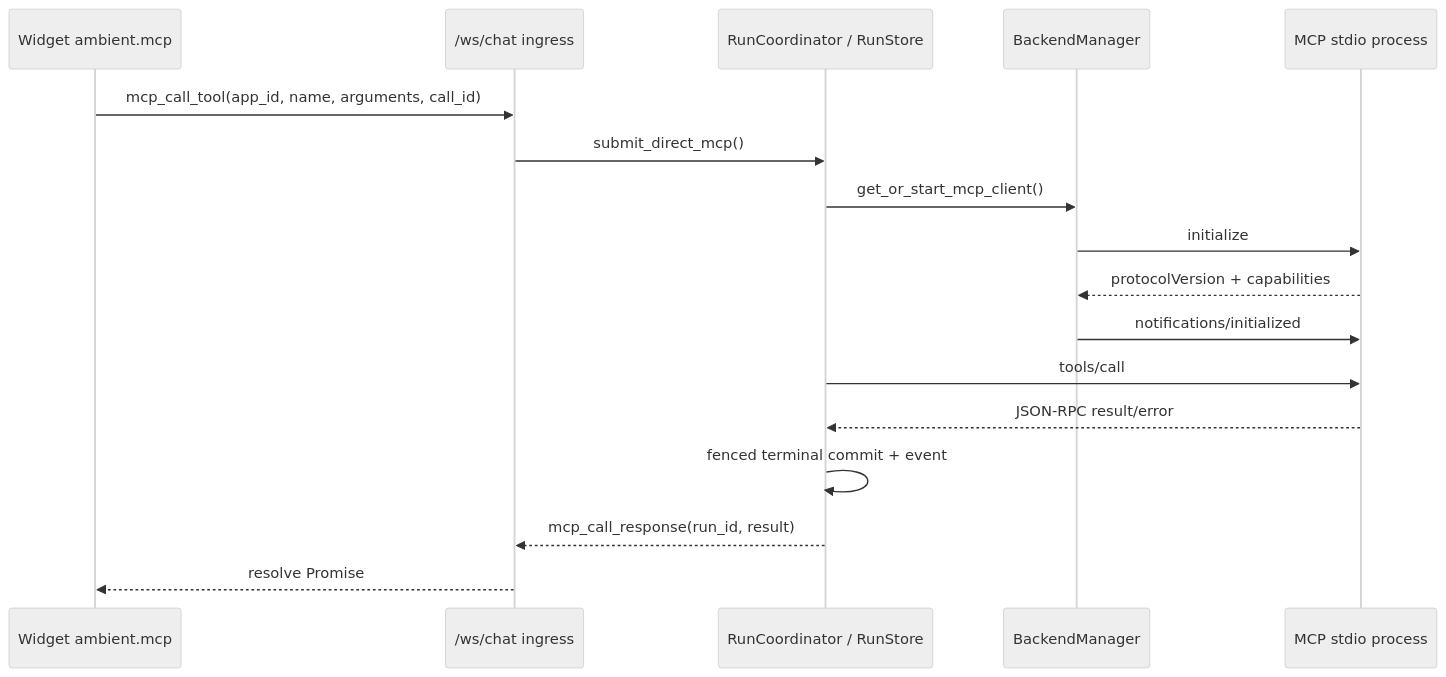
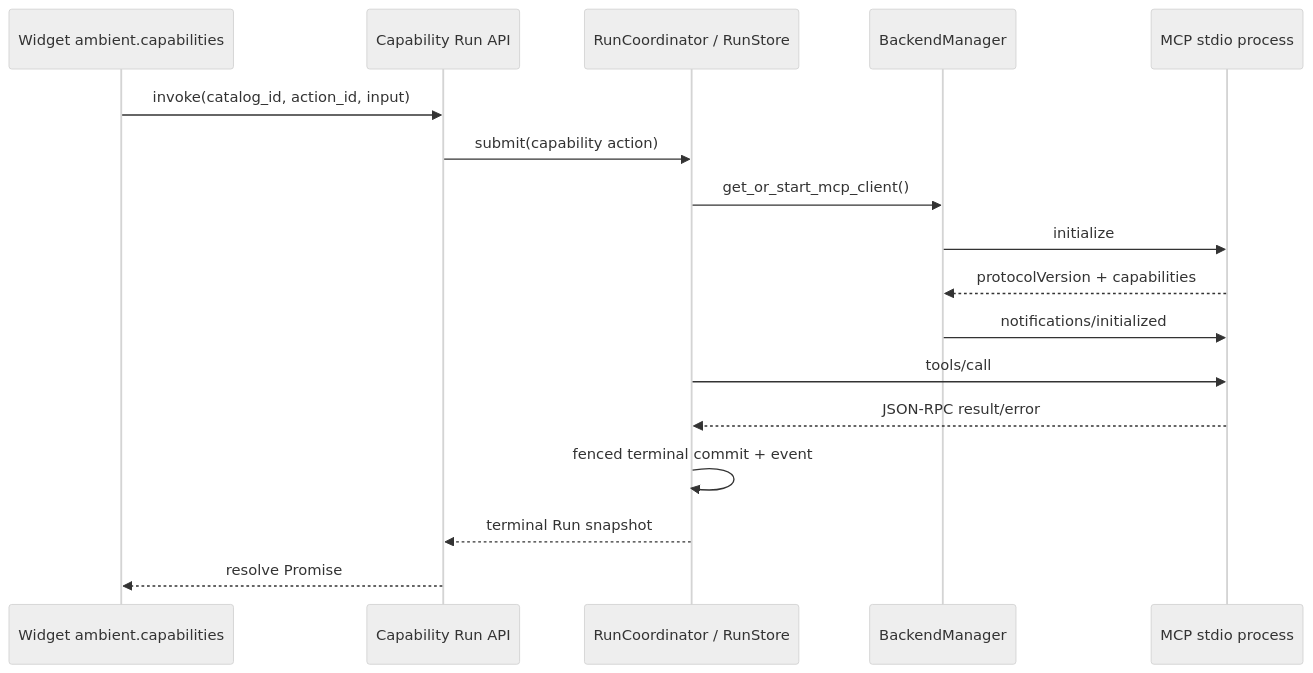
Before and after one commit to BillShiyaoZhang/ambient-agent: the diagram in docs/en/integrations/mcp.md, drawn with Mermaid (neutral theme). The commit also changed other lines of this file and 97 other files, not shown here.

````diff
--- a/docs/en/integrations/mcp.md
+++ b/docs/en/integrations/mcp.md
@@ -7,20 +7,20 @@
 ```mermaid
 sequenceDiagram
-    participant Widget as Widget ambient.mcp
-    participant WS as /ws/chat ingress
+    participant Widget as Widget ambient.capabilities
+    participant API as Capability Run API
     participant Run as RunCoordinator / RunStore
     participant BM as BackendManager
     participant MCP as MCP stdio process
 
-    Widget->>WS: mcp_call_tool(app_id, name, arguments, call_id)
-    WS->>Run: submit_direct_mcp()
+    Widget->>API: invoke(catalog_id, action_id, input)
+    API->>Run: submit(capability action)
     Run->>BM: get_or_start_mcp_client()
     BM->>MCP: initialize
     MCP-->>BM: protocolVersion + capabilities
     BM->>MCP: notifications/initialized
     Run->>MCP: tools/call
     MCP-->>Run: JSON-RPC result/error
     Run->>Run: fenced terminal commit + event
-    Run-->>WS: mcp_call_response(run_id, result)
-    WS-->>Widget: resolve Promise
+    Run-->>API: terminal Run snapshot
+    API-->>Widget: resolve Promise
 ```
````
